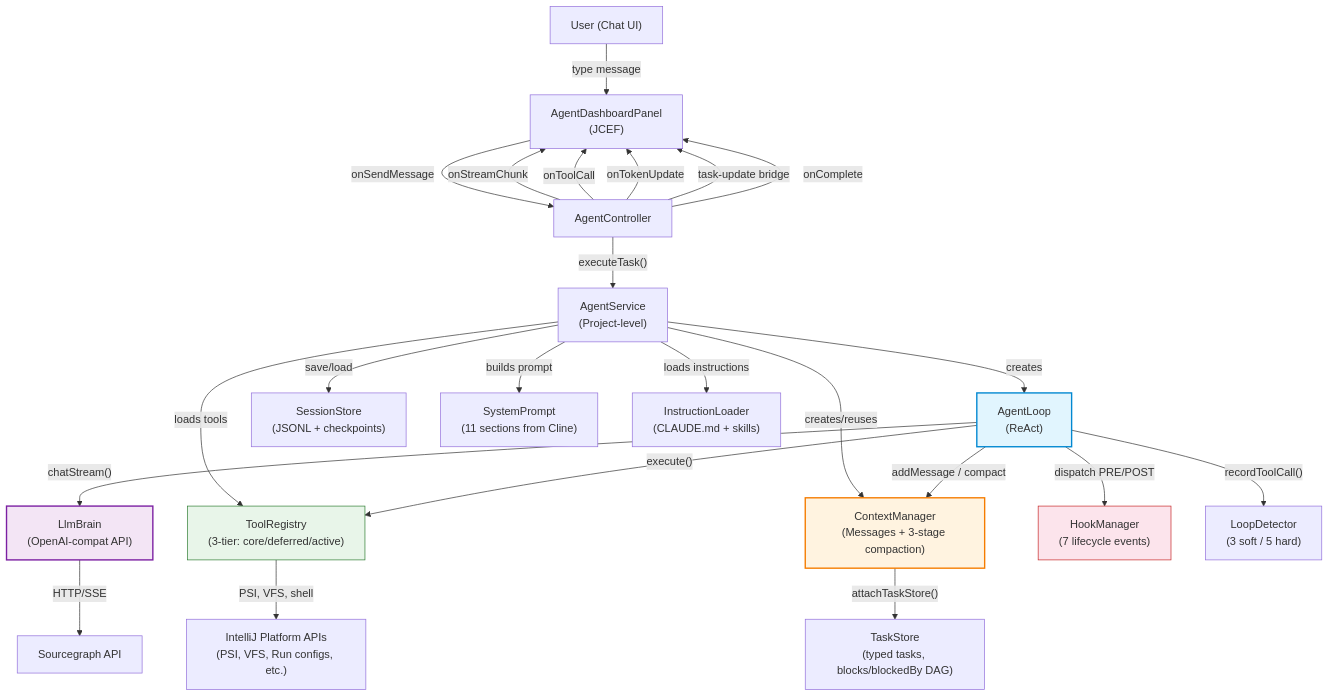
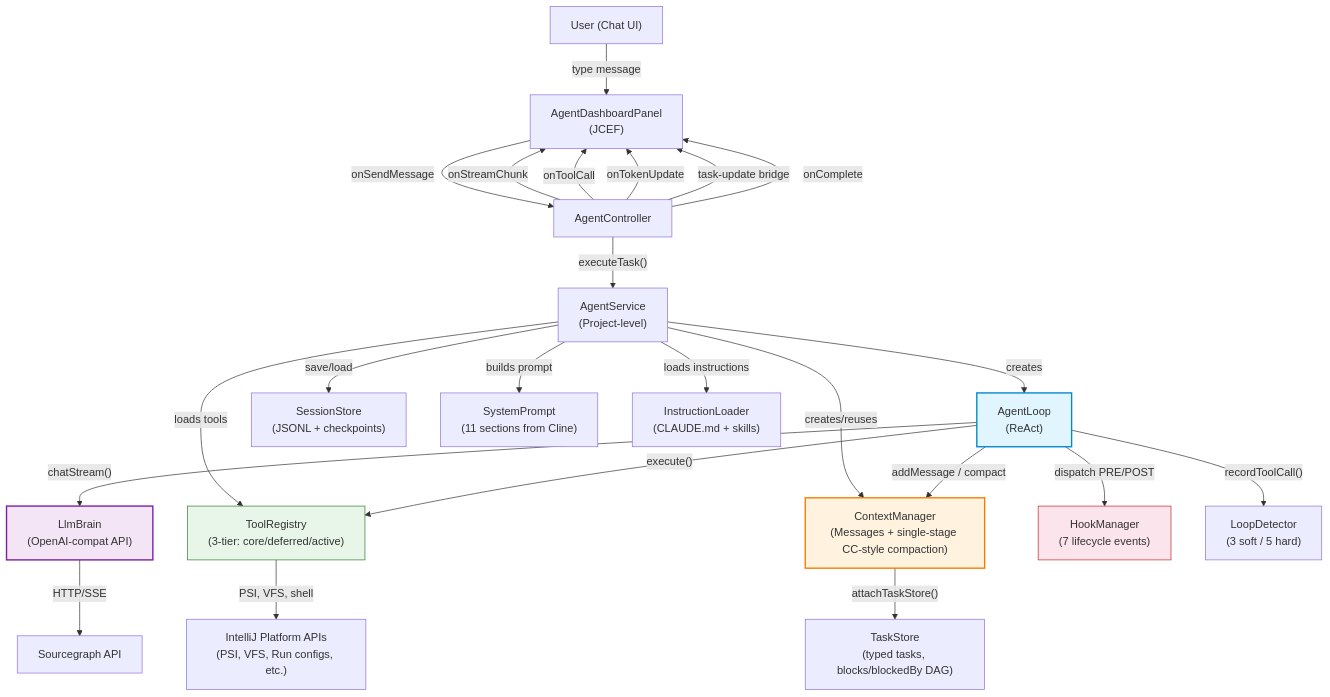
Before and after one commit to thenerdygeek/intellij-workflow-orchestrator: the first of 4 diagrams in docs/architecture/agent-architecture.md, drawn with Mermaid. The commit also changed other lines of this file and 4 other files, not shown here.

First line of the commit message:
docs(agent): update CLAUDE.md and architecture docs for single-stage compaction (Phase 5)

````diff
--- a/docs/architecture/agent-architecture.md
+++ b/docs/architecture/agent-architecture.md
@@ -48,52 +48,52 @@
 ```mermaid
 graph TB
     User["User (Chat UI)"]
     Dashboard["AgentDashboardPanel<br/>(JCEF)"]
     Controller["AgentController"]
     Service["AgentService<br/>(Project-level)"]
     Loop["AgentLoop<br/>(ReAct)"]
     Brain["LlmBrain<br/>(OpenAI-compat API)"]
-    CTX["ContextManager<br/>(Messages + 3-stage compaction)"]
+    CTX["ContextManager<br/>(Messages + single-stage CC-style compaction)"]
     TaskProg["TaskStore<br/>(typed tasks, blocks/blockedBy DAG)"]
     Tools["ToolRegistry<br/>(3-tier: core/deferred/active)"]
     Store["SessionStore<br/>(JSONL + checkpoints)"]
     Hooks["HookManager<br/>(7 lifecycle events)"]
     LoopDet["LoopDetector<br/>(3 soft / 5 hard)"]
     SysPrompt["SystemPrompt<br/>(11 sections from Cline)"]
     InstrLoad["InstructionLoader<br/>(CLAUDE.md + skills)"]
     IDE["IntelliJ Platform APIs<br/>(PSI, VFS, Run configs, etc.)"]
     SG["Sourcegraph API"]
 
     User -->|"type message"| Dashboard
     Dashboard -->|"onSendMessage"| Controller
     Controller -->|"executeTask()"| Service
     Service -->|"creates"| Loop
     Service -->|"creates/reuses"| CTX
     Service -->|"loads tools"| Tools
     Service -->|"builds prompt"| SysPrompt
     Service -->|"loads instructions"| InstrLoad
     Service -->|"save/load"| Store
 
     Loop -->|"chatStream()"| Brain
     Loop -->|"execute()"| Tools
     Loop -->|"addMessage / compact"| CTX
     Loop -->|"recordToolCall()"| LoopDet
     Loop -->|"dispatch PRE/POST"| Hooks
 
     CTX -->|"attachTaskStore()"| TaskProg
 
     Brain -->|"HTTP/SSE"| SG
     Tools -->|"PSI, VFS, shell"| IDE
 
     Controller -->|"onStreamChunk"| Dashboard
     Controller -->|"onToolCall"| Dashboard
     Controller -->|"onTokenUpdate"| Dashboard
     Controller -->|"task-update bridge"| Dashboard
     Controller -->|"onComplete"| Dashboard
 
     style Loop fill:#e1f5fe,stroke:#0288d1,stroke-width:2px
     style CTX fill:#fff3e0,stroke:#f57c00,stroke-width:2px
     style Brain fill:#f3e5f5,stroke:#7b1fa2,stroke-width:2px
     style Hooks fill:#fce4ec,stroke:#c62828,stroke-width:1px
     style Tools fill:#e8f5e9,stroke:#2e7d32,stroke-width:1px
 ```
````
